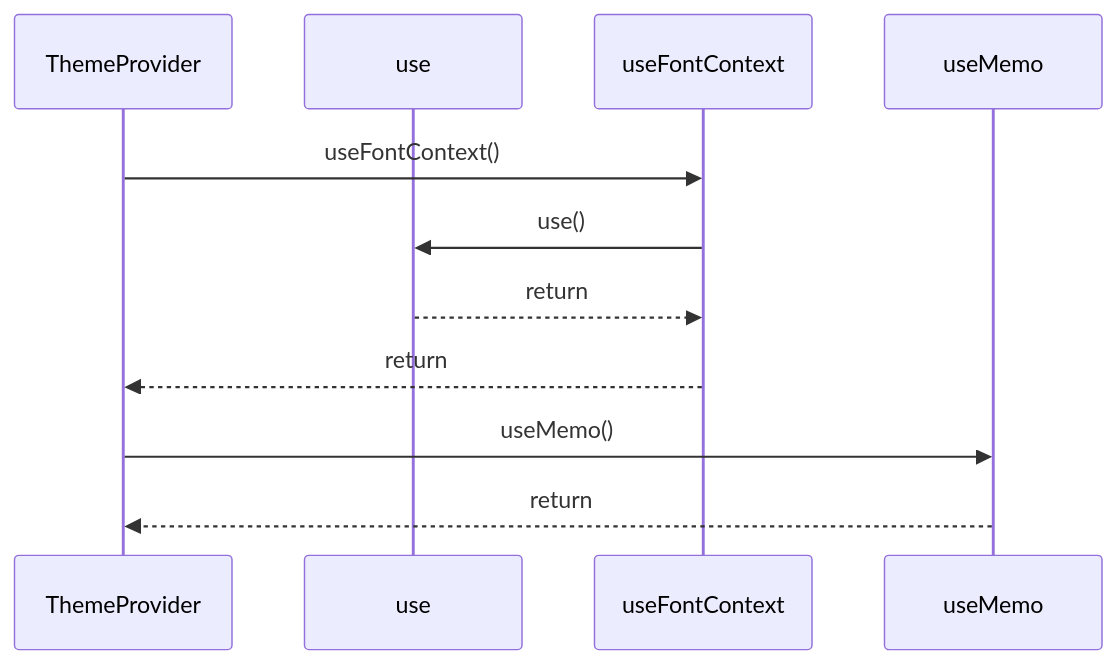
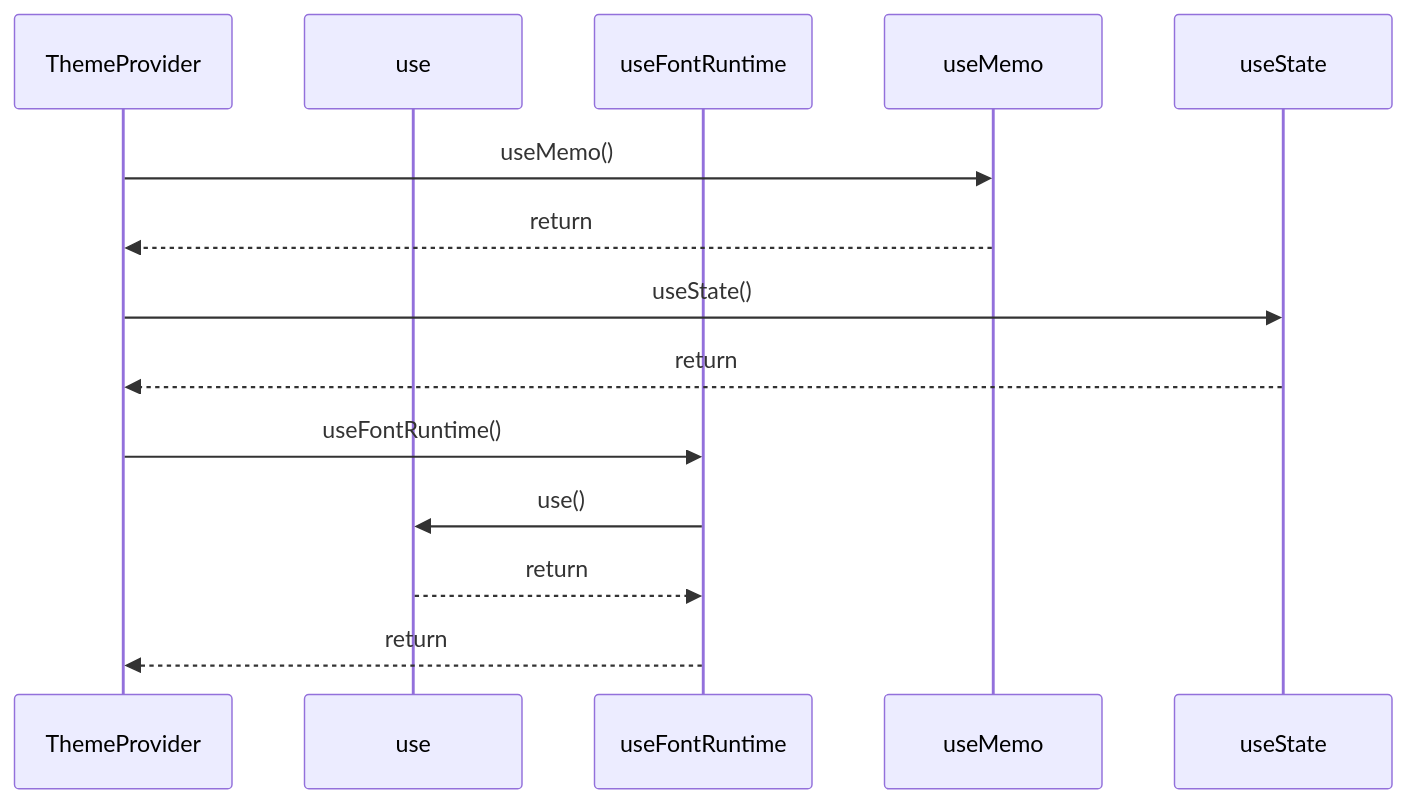
Before and after one commit to ankhorage/surface: the diagram in paradox/diagrams/sequences/theme-provider.mmd, drawn with Mermaid. The commit also changed 15 other files, not shown here.

```diff
--- a/paradox/diagrams/sequences/theme-provider.mmd
+++ b/paradox/diagrams/sequences/theme-provider.mmd
@@ -1,11 +1,14 @@
 sequenceDiagram
   participant participant_ThemeProvider as ThemeProvider
   participant participant_use as use
-  participant participant_useFontContext as useFontContext
+  participant participant_useFontRuntime as useFontRuntime
   participant participant_useMemo as useMemo
-  participant_ThemeProvider->>participant_useFontContext: useFontContext()
-  participant_useFontContext->>participant_use: use()
-  participant_use-->>participant_useFontContext: return
-  participant_useFontContext-->>participant_ThemeProvider: return
+  participant participant_useState as useState
   participant_ThemeProvider->>participant_useMemo: useMemo()
   participant_useMemo-->>participant_ThemeProvider: return
+  participant_ThemeProvider->>participant_useState: useState()
+  participant_useState-->>participant_ThemeProvider: return
+  participant_ThemeProvider->>participant_useFontRuntime: useFontRuntime()
+  participant_useFontRuntime->>participant_use: use()
+  participant_use-->>participant_useFontRuntime: return
+  participant_useFontRuntime-->>participant_ThemeProvider: return
```
